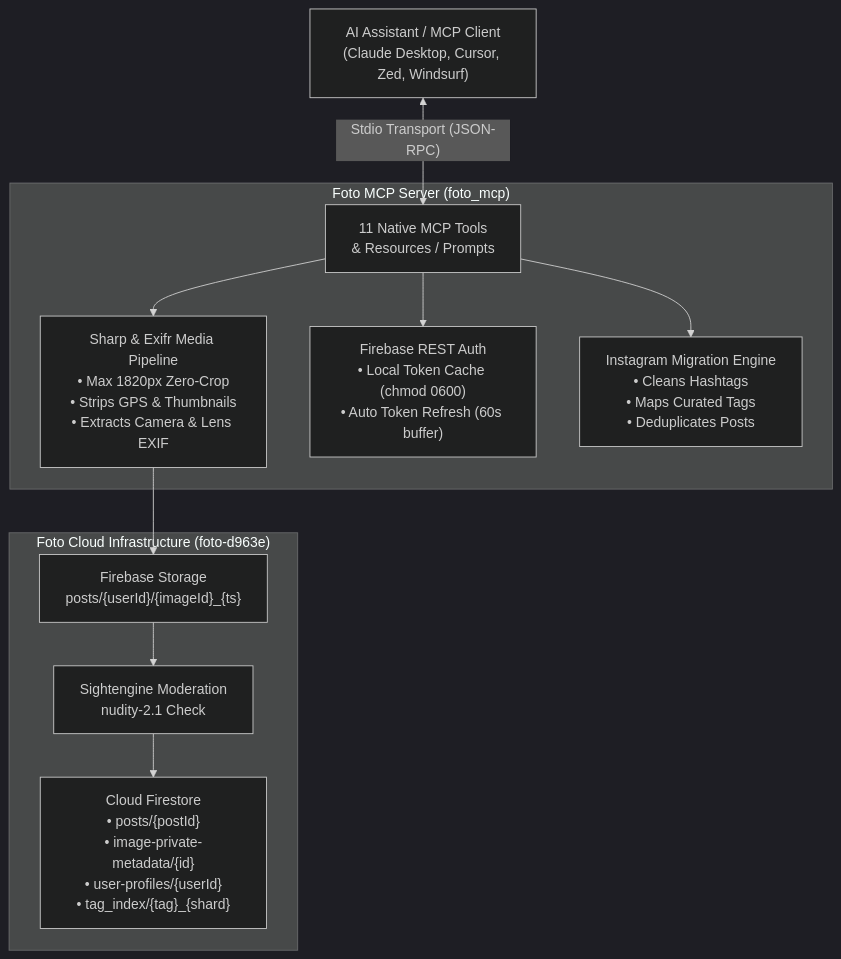
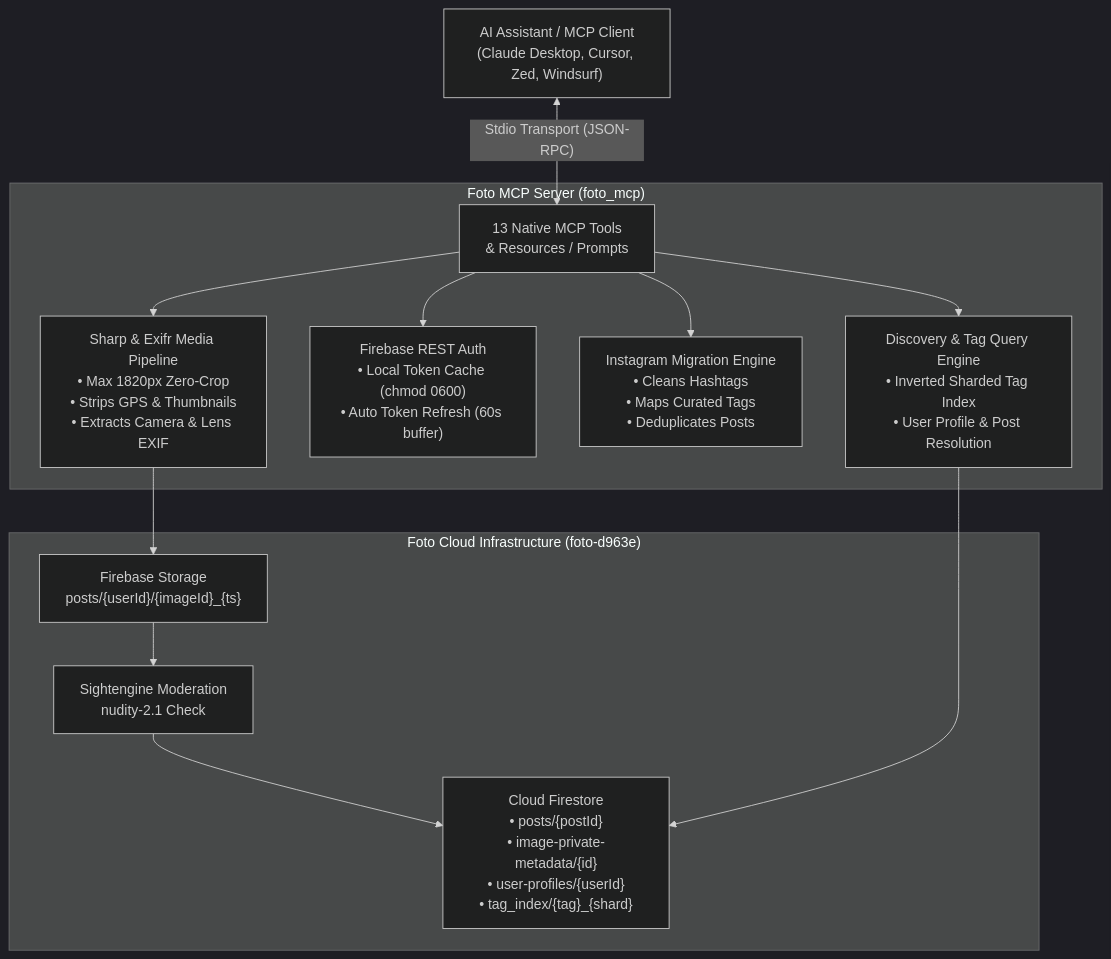
One commit to thesven/foto_mcp changed the diagram in README.md. Above: the diagram before and after it, drawn with Mermaid (dark theme). The commit also changed other lines of this file and 10 other files, not shown here.

Commit message:
feat: add tag browsing and photographer discovery tools (v1.1.0)

````diff
--- a/README.md
+++ b/README.md
@@ -17,25 +17,28 @@
 ```mermaid
 flowchart TD
     Client["AI Assistant / MCP Client<br>(Claude Desktop, Cursor, Zed, Windsurf)"]
     
     subgraph Foto_MCP ["Foto MCP Server (foto_mcp)"]
-        Tools["11 Native MCP Tools<br>& Resources / Prompts"]
+        Tools["13 Native MCP Tools<br>& Resources / Prompts"]
         Proc["Sharp & Exifr Media Pipeline<br>• Max 1820px Zero-Crop<br>• Strips GPS & Thumbnails<br>• Extracts Camera & Lens EXIF"]
         Auth["Firebase REST Auth<br>• Local Token Cache (chmod 0600)<br>• Auto Token Refresh (60s buffer)"]
         Sync["Instagram Migration Engine<br>• Cleans Hashtags<br>• Maps Curated Tags<br>• Deduplicates Posts"]
+        Discovery["Discovery & Tag Query Engine<br>• Inverted Sharded Tag Index<br>• User Profile & Post Resolution"]
     end
     
     subgraph Foto_Cloud ["Foto Cloud Infrastructure (foto-d963e)"]
         Storage["Firebase Storage<br>posts/{userId}/{imageId}_{ts}"]
         Sightengine["Sightengine Moderation<br>nudity-2.1 Check"]
         Firestore["Cloud Firestore<br>• posts/{postId}<br>• image-private-metadata/{id}<br>• user-profiles/{userId}<br>• tag_index/{tag}_{shard}"]
     end
 
     Client <-->|"Stdio Transport (JSON-RPC)"| Tools
     Tools --> Proc
     Tools --> Auth
     Tools --> Sync
+    Tools --> Discovery
     Proc --> Storage
     Storage --> Sightengine
     Sightengine --> Firestore
+    Discovery --> Firestore
 ```
````
